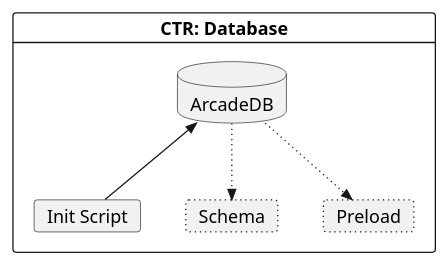
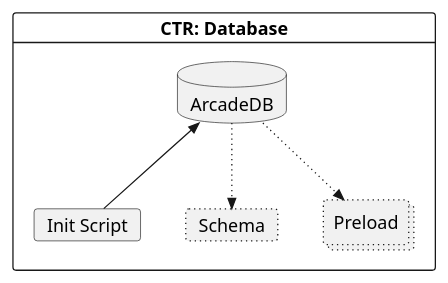
One commit to ulbmuenster/dataasee changed the diagram in docs/uml/database-container.puml. Above: the diagram before and after it, drawn with PlantUML. The commit also changed 142 other files, not shown here.

```diff
--- a/docs/uml/database-container.puml
+++ b/docs/uml/database-container.puml
@@ -1,14 +1,14 @@
 @startuml database
 
 card ctr_db as "CTR: Database" {
   database db as "ArcadeDB"
   card db0 as "Init Script"
   card db1 as "Schema" #line.dotted;
-  card db2 as "Preload" #line.dotted;
+  collections db2 as "Preload" #line.dotted;
 }
 
 db <<-- db0
 db -[dotted]->> db1
 db -[dotted]->> db2
 
 @enduml
```
